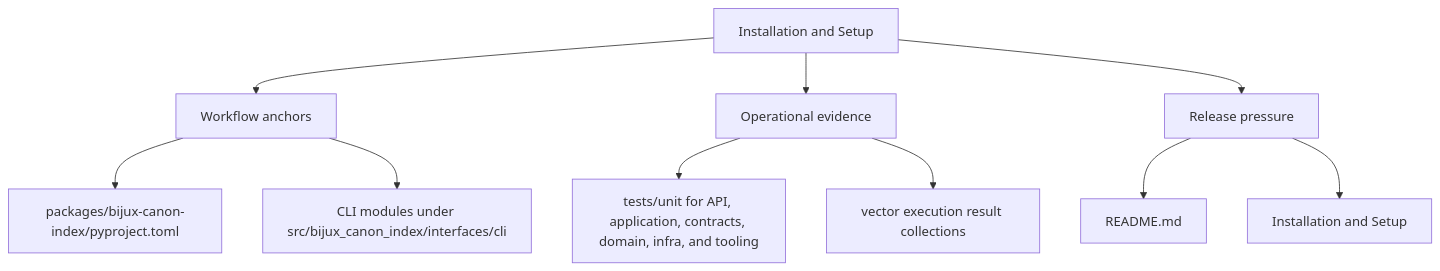
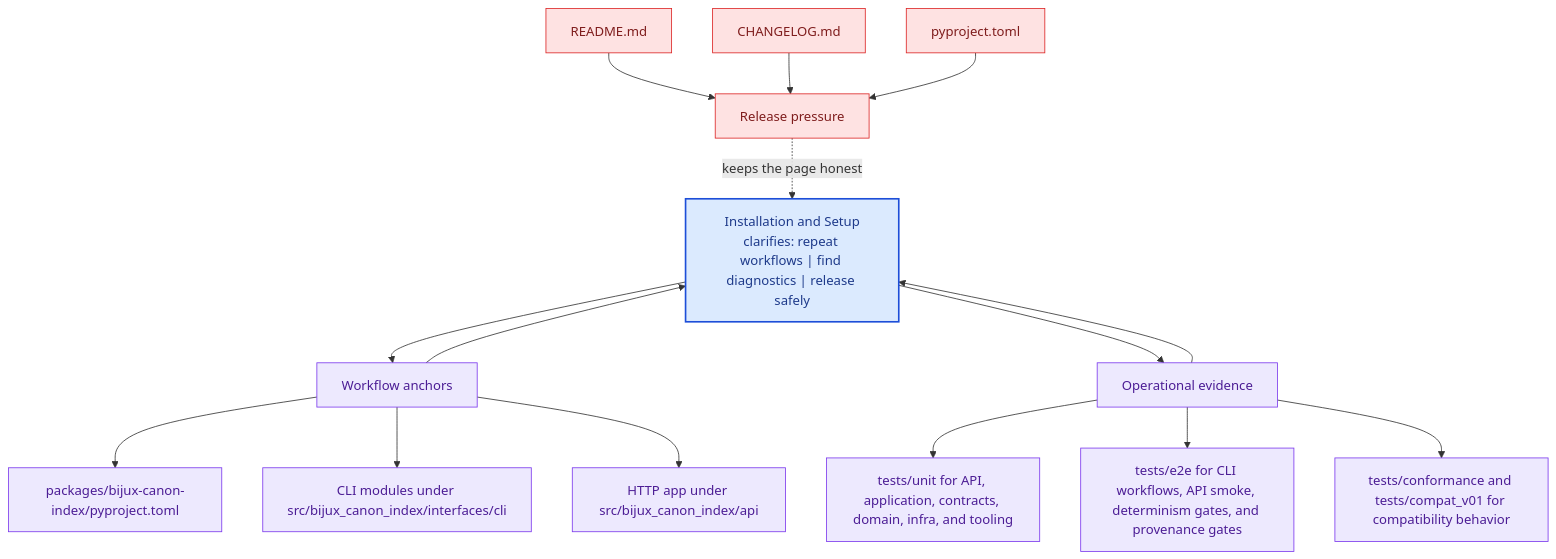
One commit to bijux/bijux-canon changed the second of 2 diagrams in docs/bijux-canon-index/operations/installation-and-setup.md. Above: the diagram before and after it, drawn with Mermaid. The commit also changed other lines of this file and 281 other files, not shown here.

Commit message:
docs(diagrams): deepen handbook mermaid maps across the catalog

````diff
--- a/docs/bijux-canon-index/operations/installation-and-setup.md
+++ b/docs/bijux-canon-index/operations/installation-and-setup.md
@@ -35,22 +68,41 @@
 ```mermaid
-flowchart TD
-    page["Installation and Setup"]
+flowchart TB
+    promise["Installation and Setup<br/>clarifies: repeat workflows | find diagnostics | release safely"]
+    classDef promise fill:#dbeafe,stroke:#1d4ed8,color:#1e3a8a,stroke-width:2px;
+    classDef driver fill:#dcfce7,stroke:#16a34a,color:#14532d;
+    classDef constraint fill:#fee2e2,stroke:#dc2626,color:#7f1d1d;
+    classDef ground fill:#ede9fe,stroke:#7c3aed,color:#4c1d95;
     focus1["Workflow anchors"]
-    page --> focus1
+    focus1 --> promise
+    promise --> focus1
     focus1_1["packages/bijux-canon-index/pyproject.toml"]
     focus1 --> focus1_1
     focus1_2["CLI modules under src/bijux_canon_index/interfaces/cli"]
     focus1 --> focus1_2
+    focus1_3["HTTP app under src/bijux_canon_index/api"]
+    focus1 --> focus1_3
+    class focus1 ground;
+    class focus1_1,focus1_2,focus1_3 ground;
     focus2["Operational evidence"]
-    page --> focus2
+    focus2 --> promise
+    promise --> focus2
     focus2_1["tests/unit for API, application, contracts, domain, infra, and tooling"]
     focus2 --> focus2_1
-    focus2_2["vector execution result collections"]
+    focus2_2["tests/e2e for CLI workflows, API smoke, determinism gates, and provenance gates"]
     focus2 --> focus2_2
+    focus2_3["tests/conformance and tests/compat_v01 for compatibility behavior"]
+    focus2 --> focus2_3
+    class focus2 ground;
+    class focus2_1,focus2_2,focus2_3 ground;
     focus3["Release pressure"]
-    page --> focus3
+    focus3 -.keeps the page honest.-> promise
     focus3_1["README.md"]
-    focus3 --> focus3_1
-    focus3_2["Installation and Setup"]
-    focus3 --> focus3_2
+    focus3_1 --> focus3
+    focus3_2["CHANGELOG.md"]
+    focus3_2 --> focus3
+    focus3_3["pyproject.toml"]
+    focus3_3 --> focus3
+    class focus3 constraint;
+    class focus3_1,focus3_2,focus3_3 constraint;
+    class promise promise;
 ```
````
